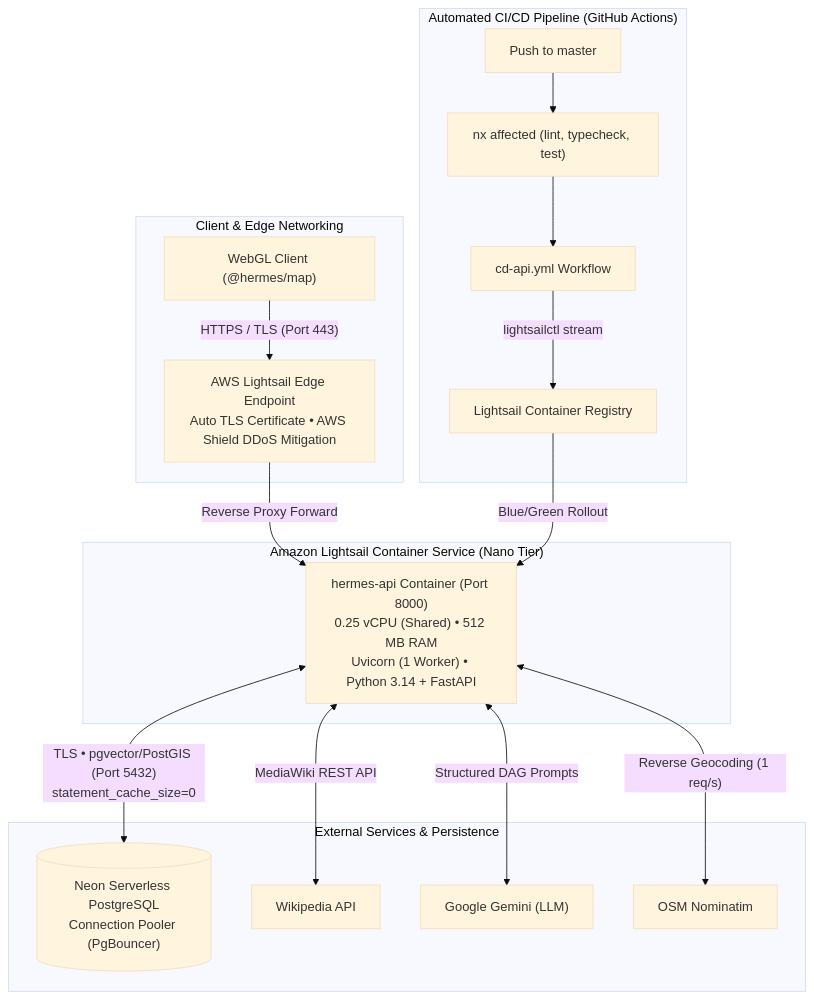
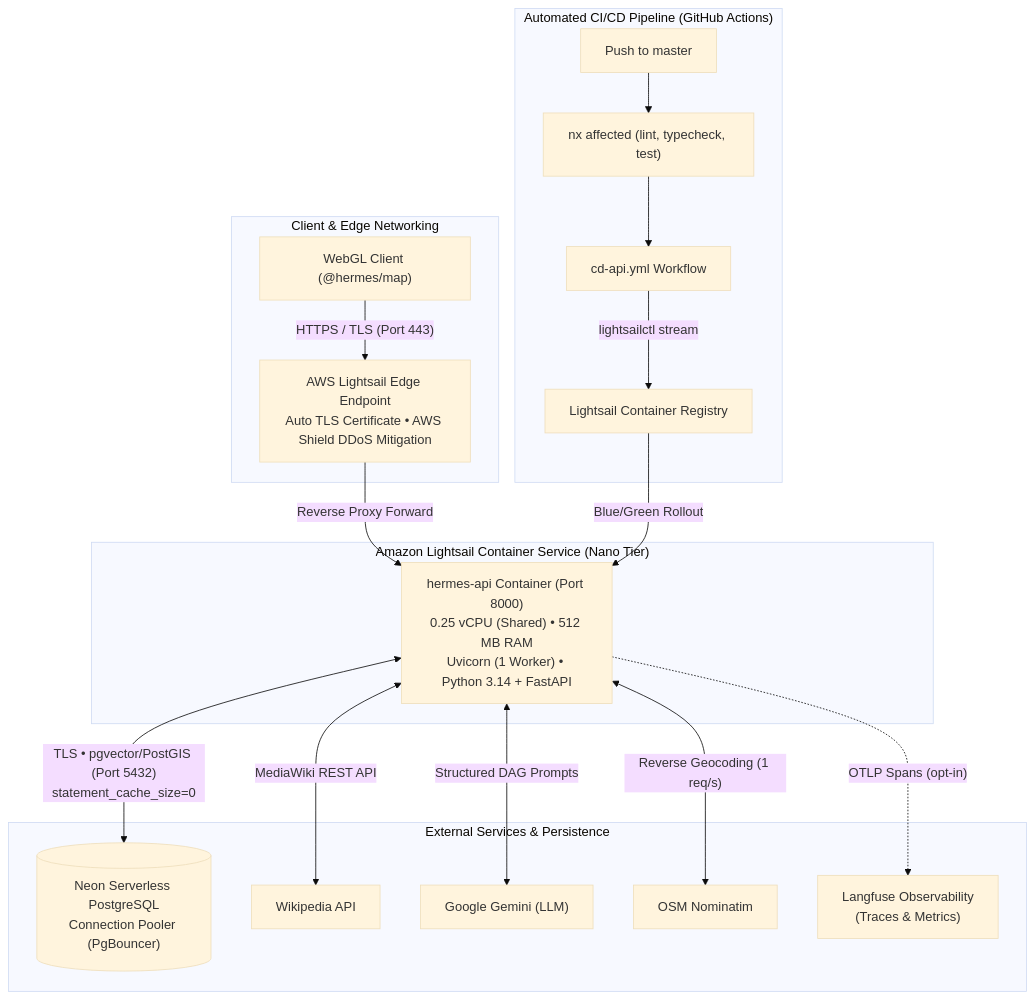
The third of 4 diagrams in apps/hermes-api/docs/architecture.md (paavann/hermes), drawn with Mermaid (base theme) before and after one commit. The commit also changed other lines of this file and 11 other files, not shown here.

````diff
--- a/apps/hermes-api/docs/architecture.md
+++ b/apps/hermes-api/docs/architecture.md
@@ -129,24 +129,25 @@
 ```mermaid
 flowchart TD
     subgraph ClientLayer ["Client & Edge Networking"]
         Client["WebGL Client (@hermes/map)"] -->|"HTTPS / TLS (Port 443)"| Edge["AWS Lightsail Edge Endpoint\nAuto TLS Certificate • AWS Shield DDoS Mitigation"]
     end
 
     subgraph LightsailPaaS ["Amazon Lightsail Container Service (Nano Tier)"]
         Edge -->|"Reverse Proxy Forward"| Container["hermes-api Container (Port 8000)\n0.25 vCPU (Shared) • 512 MB RAM\nUvicorn (1 Worker) • Python 3.14 + FastAPI"]
     end
 
     subgraph DataServices ["External Services & Persistence"]
         Container <-->|"TLS • pgvector/PostGIS (Port 5432)\nstatement_cache_size=0"| Neon[("Neon Serverless PostgreSQL\nConnection Pooler (PgBouncer)")]
         Container <-->|"MediaWiki REST API"| Wikipedia["Wikipedia API"]
         Container <-->|"Structured DAG Prompts"| Gemini["Google Gemini (LLM)"]
         Container <-->|"Reverse Geocoding (1 req/s)"| Nominatim["OSM Nominatim"]
+        Container -.->|"OTLP Spans (opt-in)"| Langfuse["Langfuse Observability\n(Traces & Metrics)"]
     end
 
     subgraph CICD ["Automated CI/CD Pipeline (GitHub Actions)"]
         Commit["Push to master"] --> Validate["nx affected (lint, typecheck, test)"]
         Validate --> CD["cd-api.yml Workflow"]
         CD -->|"lightsailctl stream"| Registry["Lightsail Container Registry"]
         Registry -->|"Blue/Green Rollout"| Container
     end
 ```
````
